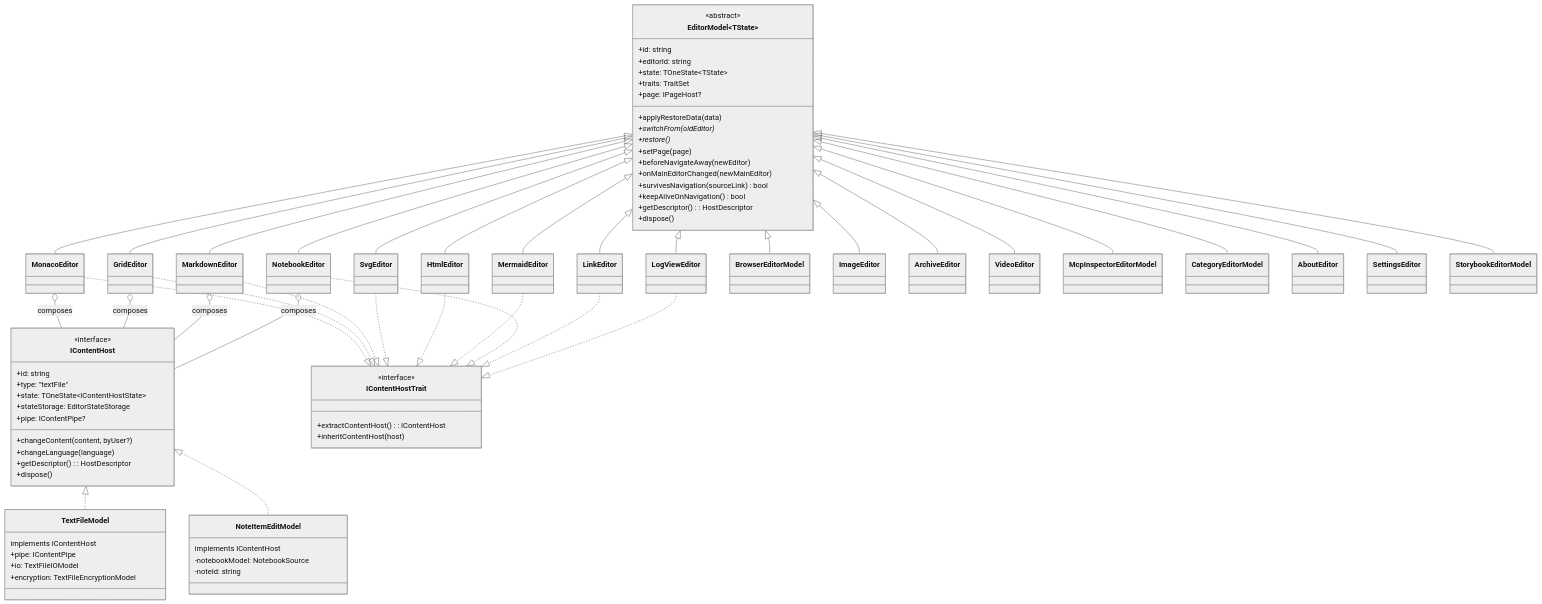
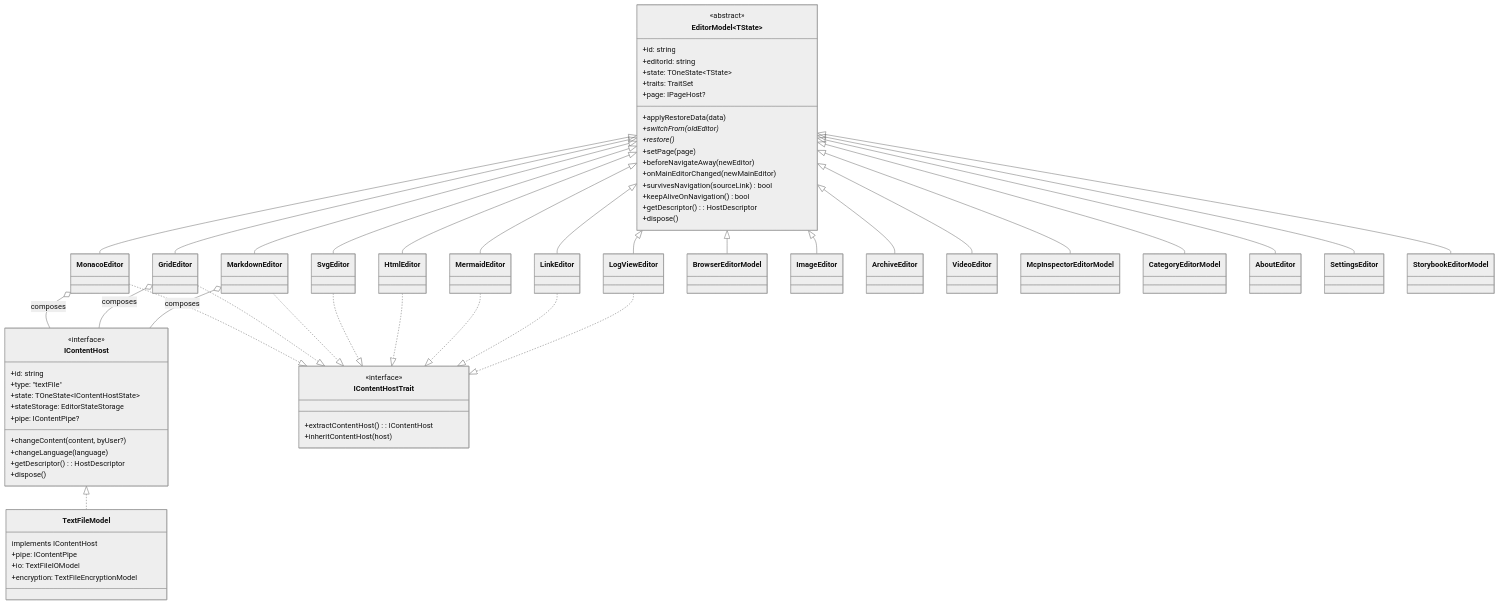
The diagram in doc/architecture/diagrams/4-class-hierarchy.mmd (andriy-viyatyk/persephone), drawn with Mermaid (neutral theme) before and after one commit. The commit also changed 123 other files, not shown here.

First line of the commit message:
US-1769: remove the built-in Notebook editor (now the Notebook board)

```diff
--- a/doc/architecture/diagrams/4-class-hierarchy.mmd
+++ b/doc/architecture/diagrams/4-class-hierarchy.mmd
@@ -1,88 +1,78 @@
 classDiagram
     class EditorModel~TState~ {
         <<abstract>>
         +id: string
         +editorId: string
         +state: TOneState~TState~
         +traits: TraitSet
         +page: IPageHost?
         +applyRestoreData(data)
         +switchFrom(oldEditor)*
         +restore()*
         +setPage(page)
         +beforeNavigateAway(newEditor)
         +onMainEditorChanged(newMainEditor)
         +survivesNavigation(sourceLink) bool
         +keepAliveOnNavigation() bool
         +getDescriptor(): HostDescriptor
         +dispose()
     }
 
     class IContentHost {
         <<interface>>
         +id: string
         +type: "textFile"
         +state: TOneState~IContentHostState~
         +stateStorage: EditorStateStorage
         +pipe: IContentPipe?
         +changeContent(content, byUser?)
         +changeLanguage(language)
         +getDescriptor(): HostDescriptor
         +dispose()
     }
 
     class IContentHostTrait {
         <<interface>>
         +extractContentHost(): IContentHost
         +inheritContentHost(host)
     }
 
     class TextFileModel {
         implements IContentHost
         +pipe: IContentPipe
         +io: TextFileIOModel
         +encryption: TextFileEncryptionModel
     }
 
-    class NoteItemEditModel {
-        implements IContentHost
-        -notebookModel: NotebookSource
-        -noteId: string
-    }
-
     IContentHost <|.. TextFileModel
-    IContentHost <|.. NoteItemEditModel
 
     EditorModel <|-- MonacoEditor
     EditorModel <|-- GridEditor
     EditorModel <|-- MarkdownEditor
     EditorModel <|-- SvgEditor
     EditorModel <|-- HtmlEditor
     EditorModel <|-- MermaidEditor
-    EditorModel <|-- NotebookEditor
     EditorModel <|-- LinkEditor
     EditorModel <|-- LogViewEditor
     EditorModel <|-- BrowserEditorModel
     EditorModel <|-- ImageEditor
     EditorModel <|-- ArchiveEditor
     EditorModel <|-- VideoEditor
     EditorModel <|-- McpInspectorEditorModel
     EditorModel <|-- CategoryEditorModel
     EditorModel <|-- AboutEditor
     EditorModel <|-- SettingsEditor
     EditorModel <|-- StorybookEditorModel
 
     MonacoEditor ..|> IContentHostTrait
     GridEditor ..|> IContentHostTrait
     MarkdownEditor ..|> IContentHostTrait
     SvgEditor ..|> IContentHostTrait
     HtmlEditor ..|> IContentHostTrait
     MermaidEditor ..|> IContentHostTrait
-    NotebookEditor ..|> IContentHostTrait
     LinkEditor ..|> IContentHostTrait
     LogViewEditor ..|> IContentHostTrait
 
     MonacoEditor o-- IContentHost : composes
     GridEditor o-- IContentHost : composes
     MarkdownEditor o-- IContentHost : composes
-    NotebookEditor o-- IContentHost : composes
```
